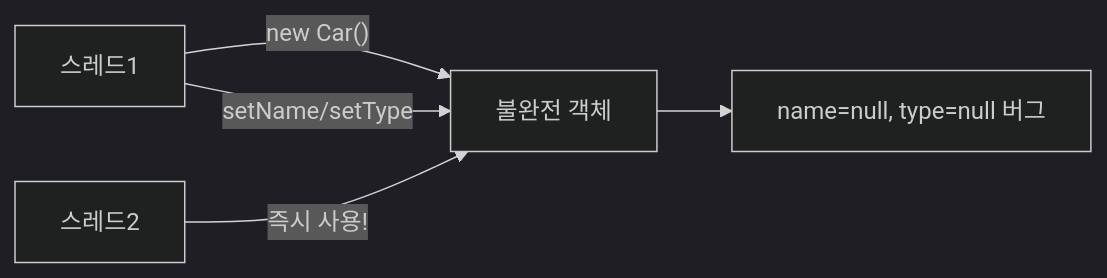
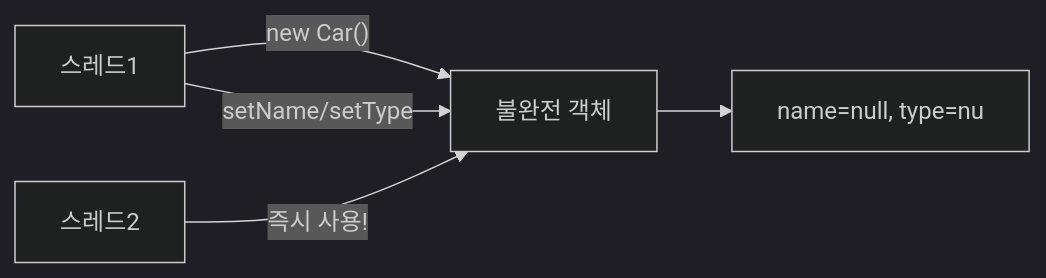
One commit to yjkim2015/yjkim2015.github.io changed the first of 3 diagrams in _posts/java/2021-12-18-effective-java2.md. Above: the diagram before and after it, drawn with Mermaid (dark theme). The commit also changed 245 other files, not shown here.

First line of the commit message:
Mermaid 다이어그램 전면 수정 + 면접 포인트 접기/펼치기 + DB 데드락 페이지

````diff
--- a/_posts/java/2021-12-18-effective-java2.md
+++ b/_posts/java/2021-12-18-effective-java2.md
@@ -95,7 +95,7 @@
 ```mermaid
 graph LR
     T1["스레드1"] -->|"new Car()"| C["불완전 객체"]
     T2["스레드2"] -->|"즉시 사용!"| C
-    C --> BUG["name=null, type=null 버그"]
+    C --> BUG["name=null, type=nu"]
     T1 -->|"setName/setType"| C
 ```
````
